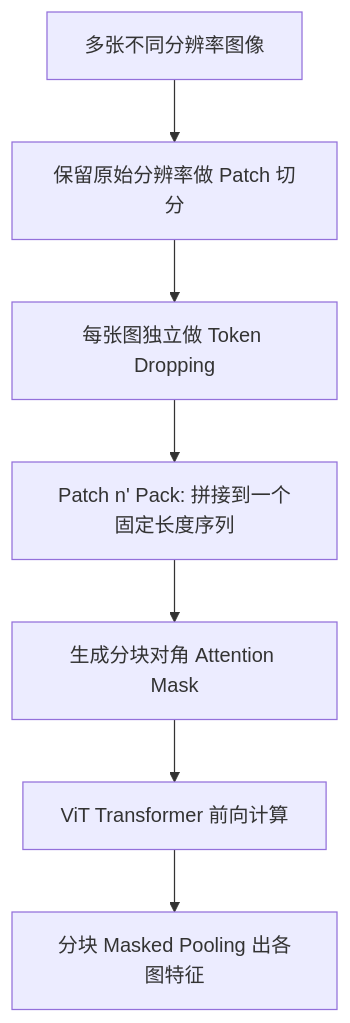
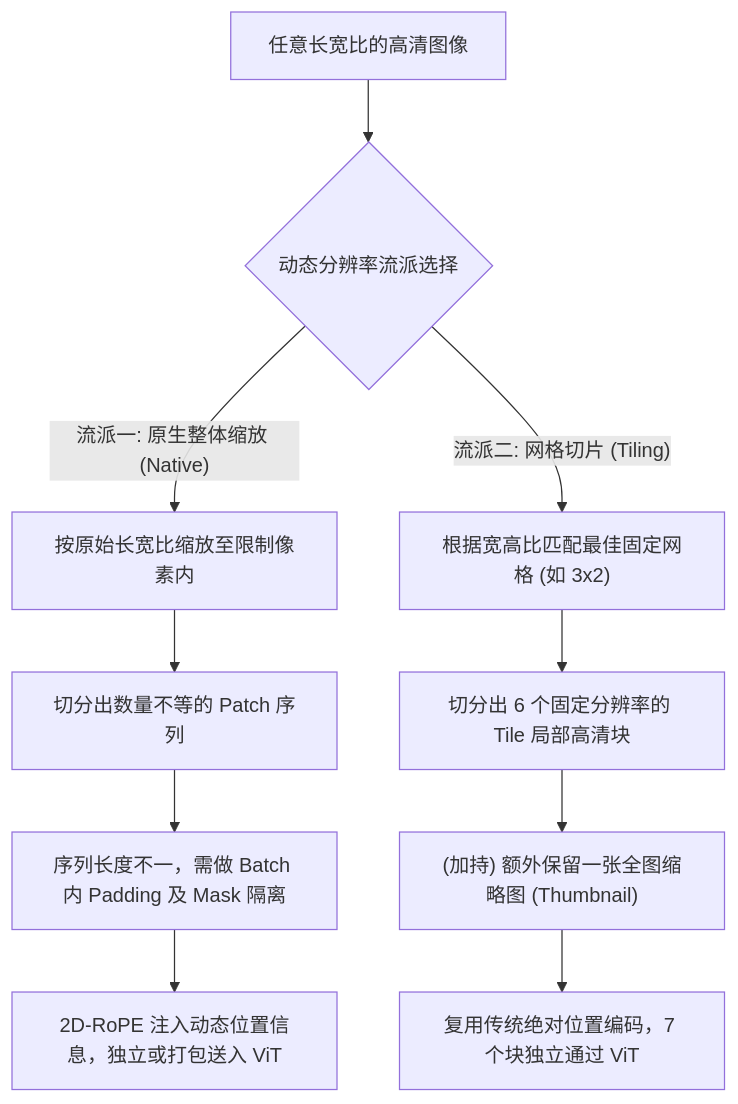
Before and after one commit to pokemonAndCodeMaster/llm_knowledge_base: the diagram in wiki/concepts/navit_动态分辨率.md, drawn with Mermaid. The commit also changed other lines of this file and 5 other files, not shown here.

````diff
--- a/wiki/concepts/navit_动态分辨率.md
+++ b/wiki/concepts/navit_动态分辨率.md
@@ -103,9 +24,14 @@
 ```mermaid
 graph TD
-    A["多张不同分辨率图像"] --> B["保留原始分辨率做 Patch 切分"]
-    B --> C["每张图独立做 Token Dropping"]
-    C --> D["Patch n' Pack: 拼接到一个固定长度序列"]
-    D --> E["生成分块对角 Attention Mask"]
-    E --> F["ViT Transformer 前向计算"]
-    F --> G["分块 Masked Pooling 出各图特征"]
+    A["任意长宽比的高清图像"] --> B{"动态分辨率流派选择"}
+    
+    B -->|"流派一: 原生整体缩放 (Native)"| C1["按原始长宽比缩放至限制像素内"]
+    C1 --> C2["切分出数量不等的 Patch 序列"]
+    C2 --> C3["序列长度不一，需做 Batch 内 Padding 及 Mask 隔离"]
+    C3 --> C4["2D-RoPE 注入动态位置信息，独立或打包送入 ViT"]
+    
+    B -->|"流派二: 网格切片 (Tiling)"| D1["根据宽高比匹配最佳固定网格 (如 3x2)"]
+    D1 --> D2["切分出 6 个固定分辨率的 Tile 局部高清块"]
+    D2 --> D3["(加持) 额外保留一张全图缩略图 (Thumbnail)"]
+    D3 --> D4["复用传统绝对位置编码，7 个块独立通过 ViT"]
 ```
````
